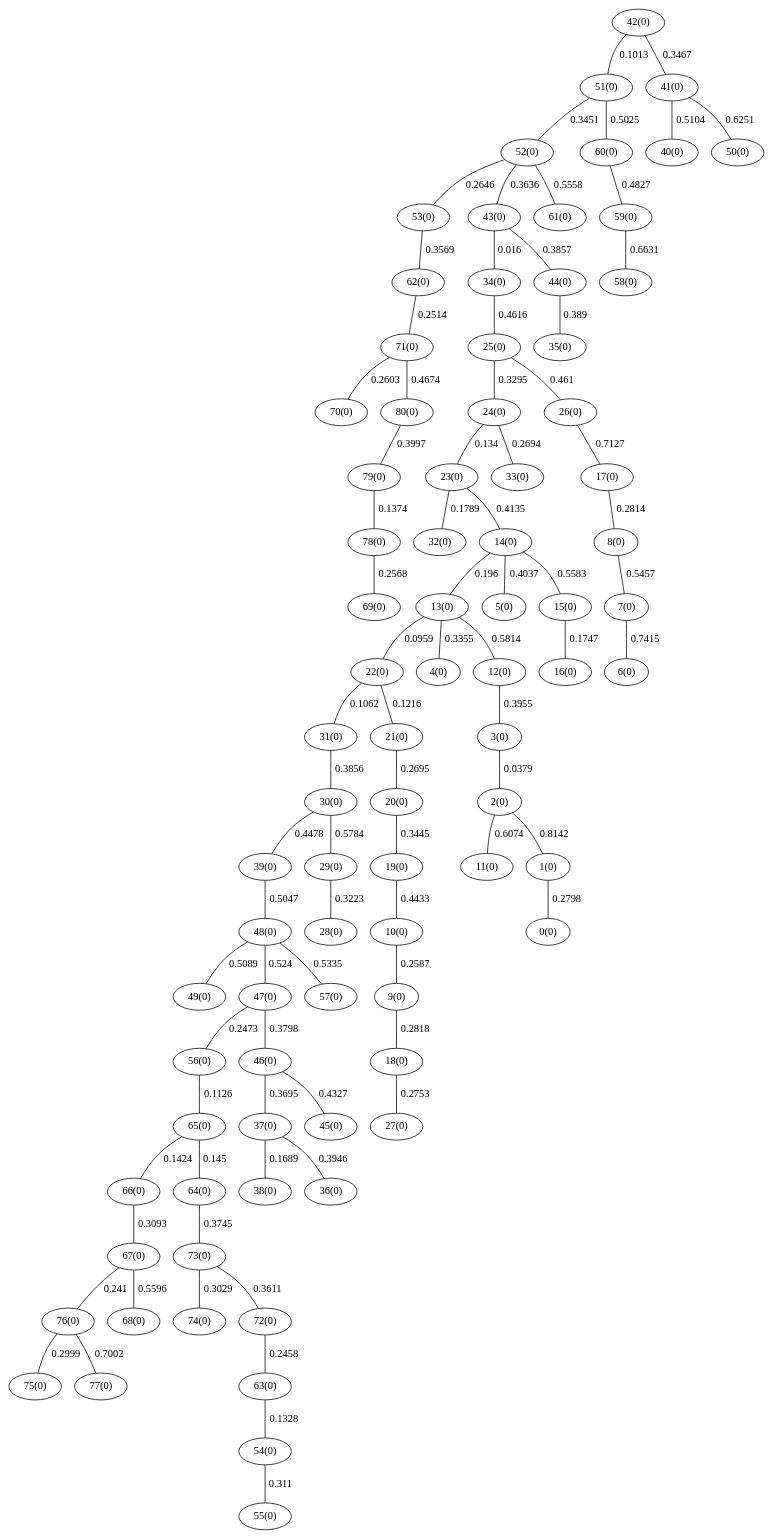
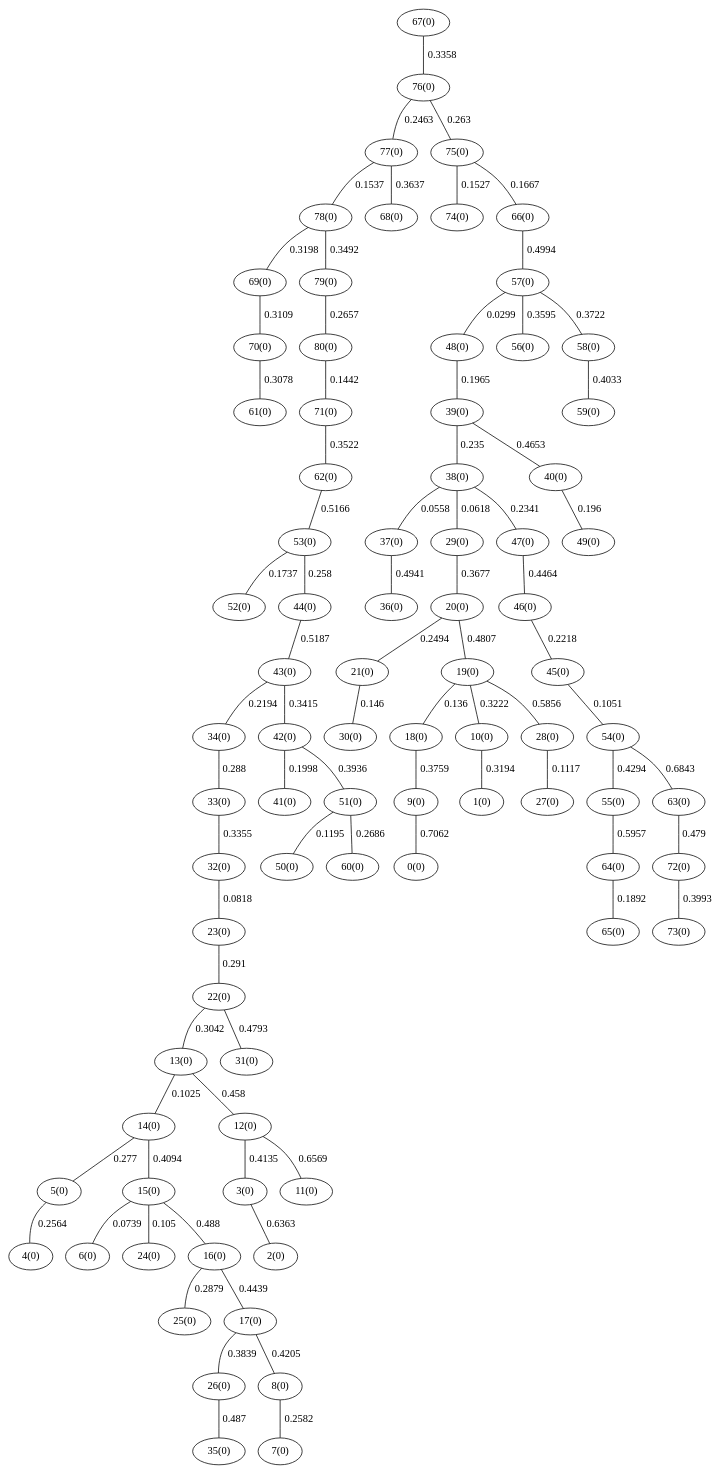
One commit to UR00ing/DAA_proyecto changed the diagram in proyecto_4/Prim/01Malla,9,9_Prim.gv. Above: the diagram before and after it, drawn with Graphviz. The commit also changed 98 other files, not shown here.

```diff
--- a/proyecto_4/Prim/01Malla,9,9_Prim.gv
+++ b/proyecto_4/Prim/01Malla,9,9_Prim.gv
@@ -1,82 +1,82 @@
 graph G {
-"42(0)" -- "51(0)" [label="0.1013"];
-"51(0)" -- "52(0)" [label="0.3451"];
-"52(0)" -- "53(0)" [label="0.2646"];
-"42(0)" -- "41(0)" [label="0.3467"];
-"53(0)" -- "62(0)" [label="0.3569"];
-"62(0)" -- "71(0)" [label="0.2514"];
-"71(0)" -- "70(0)" [label="0.2603"];
-"52(0)" -- "43(0)" [label="0.3636"];
-"43(0)" -- "34(0)" [label="0.016"];
-"43(0)" -- "44(0)" [label="0.3857"];
-"44(0)" -- "35(0)" [label="0.389"];
-"34(0)" -- "25(0)" [label="0.4616"];
-"25(0)" -- "24(0)" [label="0.3295"];
-"24(0)" -- "23(0)" [label="0.134"];
-"23(0)" -- "32(0)" [label="0.1789"];
-"24(0)" -- "33(0)" [label="0.2694"];
-"23(0)" -- "14(0)" [label="0.4135"];
-"14(0)" -- "13(0)" [label="0.196"];
-"13(0)" -- "22(0)" [label="0.0959"];
-"22(0)" -- "31(0)" [label="0.1062"];
-"22(0)" -- "21(0)" [label="0.1216"];
-"21(0)" -- "20(0)" [label="0.2695"];
-"13(0)" -- "4(0)" [label="0.3355"];
-"20(0)" -- "19(0)" [label="0.3445"];
-"31(0)" -- "30(0)" [label="0.3856"];
-"14(0)" -- "5(0)" [label="0.4037"];
-"19(0)" -- "10(0)" [label="0.4433"];
-"10(0)" -- "9(0)" [label="0.2587"];
-"9(0)" -- "18(0)" [label="0.2818"];
-"18(0)" -- "27(0)" [label="0.2753"];
-"30(0)" -- "39(0)" [label="0.4478"];
-"25(0)" -- "26(0)" [label="0.461"];
-"71(0)" -- "80(0)" [label="0.4674"];
-"80(0)" -- "79(0)" [label="0.3997"];
-"79(0)" -- "78(0)" [label="0.1374"];
-"78(0)" -- "69(0)" [label="0.2568"];
-"51(0)" -- "60(0)" [label="0.5025"];
-"60(0)" -- "59(0)" [label="0.4827"];
-"39(0)" -- "48(0)" [label="0.5047"];
-"48(0)" -- "49(0)" [label="0.5089"];
-"41(0)" -- "40(0)" [label="0.5104"];
-"48(0)" -- "47(0)" [label="0.524"];
-"47(0)" -- "56(0)" [label="0.2473"];
-"56(0)" -- "65(0)" [label="0.1126"];
-"65(0)" -- "66(0)" [label="0.1424"];
-"65(0)" -- "64(0)" [label="0.145"];
-"66(0)" -- "67(0)" [label="0.3093"];
-"67(0)" -- "76(0)" [label="0.241"];
-"76(0)" -- "75(0)" [label="0.2999"];
-"64(0)" -- "73(0)" [label="0.3745"];
-"73(0)" -- "74(0)" [label="0.3029"];
-"73(0)" -- "72(0)" [label="0.3611"];
-"72(0)" -- "63(0)" [label="0.2458"];
-"63(0)" -- "54(0)" [label="0.1328"];
-"54(0)" -- "55(0)" [label="0.311"];
-"47(0)" -- "46(0)" [label="0.3798"];
-"46(0)" -- "37(0)" [label="0.3695"];
-"37(0)" -- "38(0)" [label="0.1689"];
-"37(0)" -- "36(0)" [label="0.3946"];
-"46(0)" -- "45(0)" [label="0.4327"];
-"48(0)" -- "57(0)" [label="0.5335"];
-"52(0)" -- "61(0)" [label="0.5558"];
-"14(0)" -- "15(0)" [label="0.5583"];
-"15(0)" -- "16(0)" [label="0.1747"];
-"67(0)" -- "68(0)" [label="0.5596"];
-"30(0)" -- "29(0)" [label="0.5784"];
-"29(0)" -- "28(0)" [label="0.3223"];
-"13(0)" -- "12(0)" [label="0.5814"];
-"12(0)" -- "3(0)" [label="0.3955"];
-"3(0)" -- "2(0)" [label="0.0379"];
-"2(0)" -- "11(0)" [label="0.6074"];
-"41(0)" -- "50(0)" [label="0.6251"];
-"59(0)" -- "58(0)" [label="0.6631"];
-"76(0)" -- "77(0)" [label="0.7002"];
-"26(0)" -- "17(0)" [label="0.7127"];
-"17(0)" -- "8(0)" [label="0.2814"];
-"8(0)" -- "7(0)" [label="0.5457"];
-"7(0)" -- "6(0)" [label="0.7415"];
-"2(0)" -- "1(0)" [label="0.8142"];
-"1(0)" -- "0(0)" [label="0.2798"];
+"67(0)" -- "76(0)" [label="0.3358"];
+"76(0)" -- "77(0)" [label="0.2463"];
+"77(0)" -- "78(0)" [label="0.1537"];
+"76(0)" -- "75(0)" [label="0.263"];
+"75(0)" -- "74(0)" [label="0.1527"];
+"75(0)" -- "66(0)" [label="0.1667"];
+"78(0)" -- "69(0)" [label="0.3198"];
+"69(0)" -- "70(0)" [label="0.3109"];
+"70(0)" -- "61(0)" [label="0.3078"];
+"78(0)" -- "79(0)" [label="0.3492"];
+"79(0)" -- "80(0)" [label="0.2657"];
+"80(0)" -- "71(0)" [label="0.1442"];
+"71(0)" -- "62(0)" [label="0.3522"];
+"77(0)" -- "68(0)" [label="0.3637"];
+"66(0)" -- "57(0)" [label="0.4994"];
+"57(0)" -- "48(0)" [label="0.0299"];
+"48(0)" -- "39(0)" [label="0.1965"];
+"39(0)" -- "38(0)" [label="0.235"];
+"38(0)" -- "37(0)" [label="0.0558"];
+"38(0)" -- "29(0)" [label="0.0618"];
+"38(0)" -- "47(0)" [label="0.2341"];
+"57(0)" -- "56(0)" [label="0.3595"];
+"29(0)" -- "20(0)" [label="0.3677"];
+"20(0)" -- "21(0)" [label="0.2494"];
+"21(0)" -- "30(0)" [label="0.146"];
+"57(0)" -- "58(0)" [label="0.3722"];
+"58(0)" -- "59(0)" [label="0.4033"];
+"47(0)" -- "46(0)" [label="0.4464"];
+"46(0)" -- "45(0)" [label="0.2218"];
+"45(0)" -- "54(0)" [label="0.1051"];
+"54(0)" -- "55(0)" [label="0.4294"];
+"39(0)" -- "40(0)" [label="0.4653"];
+"40(0)" -- "49(0)" [label="0.196"];
+"20(0)" -- "19(0)" [label="0.4807"];
+"19(0)" -- "18(0)" [label="0.136"];
+"19(0)" -- "10(0)" [label="0.3222"];
+"10(0)" -- "1(0)" [label="0.3194"];
+"18(0)" -- "9(0)" [label="0.3759"];
+"37(0)" -- "36(0)" [label="0.4941"];
+"62(0)" -- "53(0)" [label="0.5166"];
+"53(0)" -- "52(0)" [label="0.1737"];
+"53(0)" -- "44(0)" [label="0.258"];
+"44(0)" -- "43(0)" [label="0.5187"];
+"43(0)" -- "34(0)" [label="0.2194"];
+"34(0)" -- "33(0)" [label="0.288"];
+"33(0)" -- "32(0)" [label="0.3355"];
+"32(0)" -- "23(0)" [label="0.0818"];
+"23(0)" -- "22(0)" [label="0.291"];
+"22(0)" -- "13(0)" [label="0.3042"];
+"13(0)" -- "14(0)" [label="0.1025"];
+"14(0)" -- "5(0)" [label="0.277"];
+"5(0)" -- "4(0)" [label="0.2564"];
+"43(0)" -- "42(0)" [label="0.3415"];
+"42(0)" -- "41(0)" [label="0.1998"];
+"42(0)" -- "51(0)" [label="0.3936"];
+"51(0)" -- "50(0)" [label="0.1195"];
+"51(0)" -- "60(0)" [label="0.2686"];
+"14(0)" -- "15(0)" [label="0.4094"];
+"15(0)" -- "6(0)" [label="0.0739"];
+"15(0)" -- "24(0)" [label="0.105"];
+"13(0)" -- "12(0)" [label="0.458"];
+"12(0)" -- "3(0)" [label="0.4135"];
+"22(0)" -- "31(0)" [label="0.4793"];
+"15(0)" -- "16(0)" [label="0.488"];
+"16(0)" -- "25(0)" [label="0.2879"];
+"16(0)" -- "17(0)" [label="0.4439"];
+"17(0)" -- "26(0)" [label="0.3839"];
+"17(0)" -- "8(0)" [label="0.4205"];
+"8(0)" -- "7(0)" [label="0.2582"];
+"26(0)" -- "35(0)" [label="0.487"];
+"19(0)" -- "28(0)" [label="0.5856"];
+"28(0)" -- "27(0)" [label="0.1117"];
+"55(0)" -- "64(0)" [label="0.5957"];
+"64(0)" -- "65(0)" [label="0.1892"];
+"3(0)" -- "2(0)" [label="0.6363"];
+"12(0)" -- "11(0)" [label="0.6569"];
+"54(0)" -- "63(0)" [label="0.6843"];
+"63(0)" -- "72(0)" [label="0.479"];
+"72(0)" -- "73(0)" [label="0.3993"];
+"9(0)" -- "0(0)" [label="0.7062"];
 }
```
